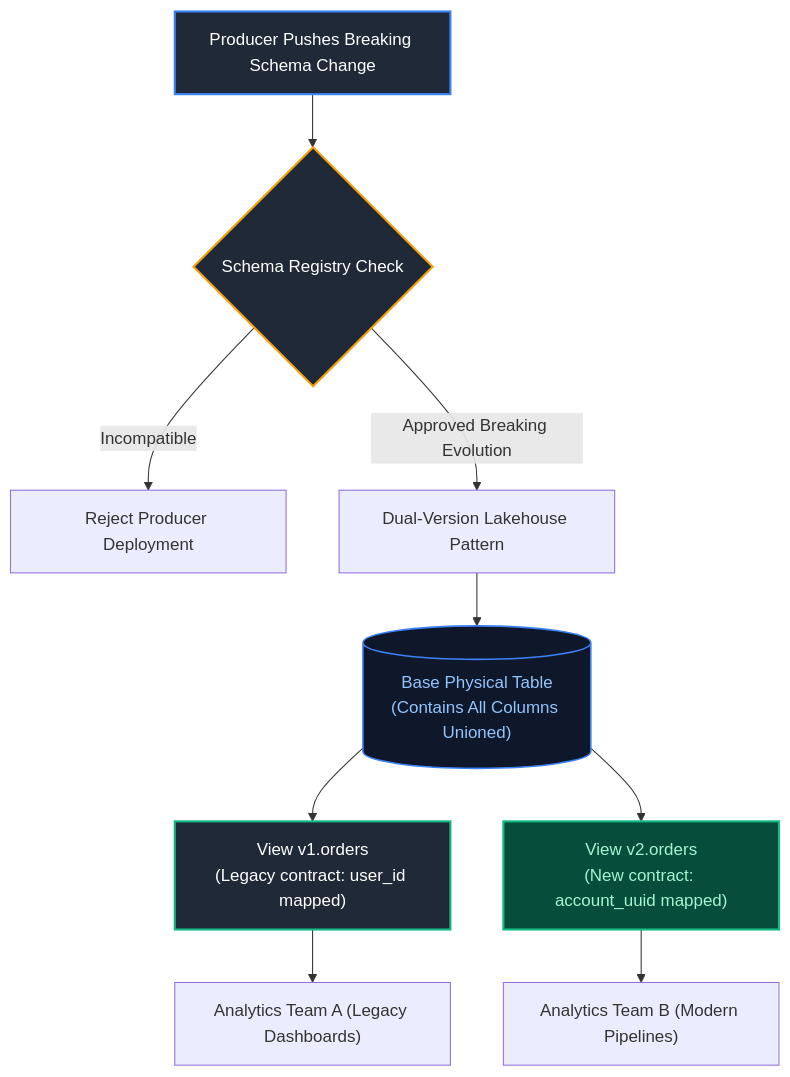
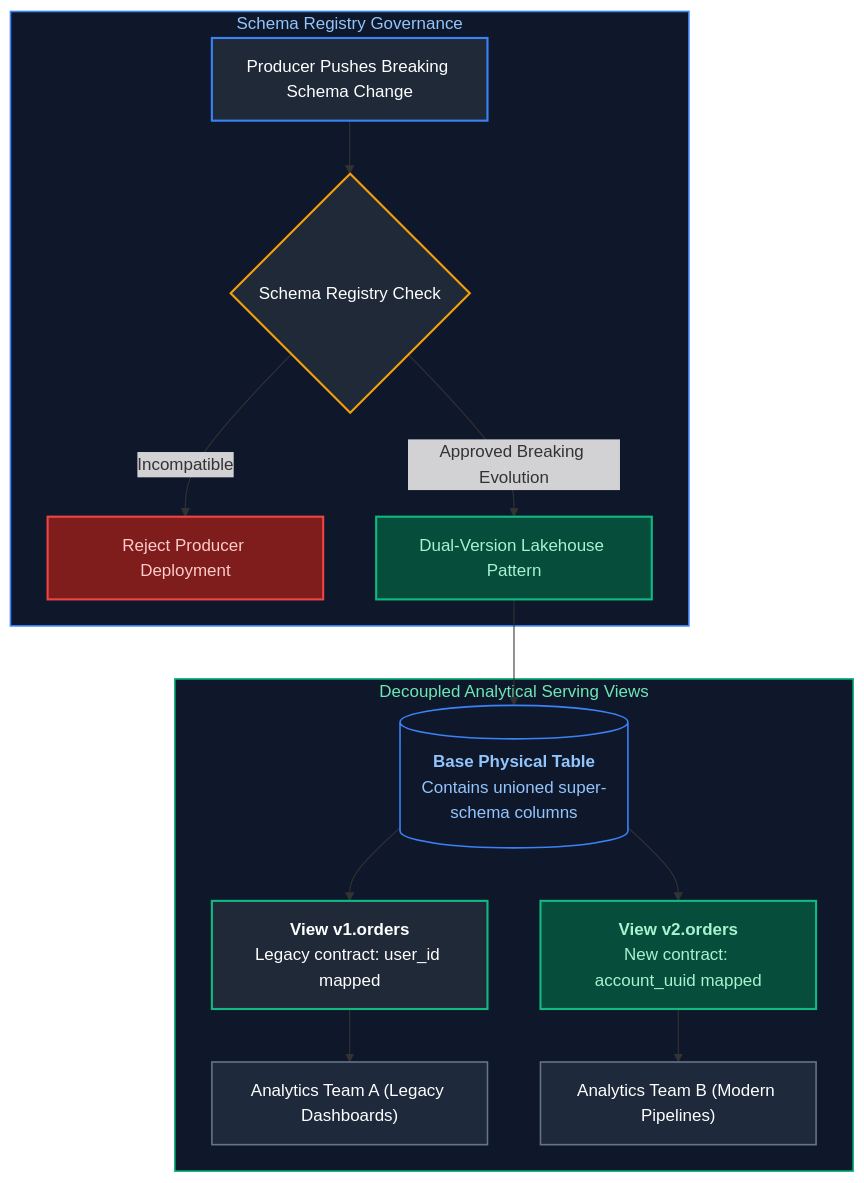
The ninth of 20 diagrams in Data Engineering/frequently_asked_questions/03_data_modeling_and_warehousing_faq.md (joydeep-biswas/Interview-Preparation), drawn with Mermaid before and after one commit. The commit also changed other lines of this file and 178 other files, not shown here.

````diff
--- a/Data Engineering/frequently_asked_questions/03_data_modeling_and_warehousing_faq.md
+++ b/Data Engineering/frequently_asked_questions/03_data_modeling_and_warehousing_faq.md
@@ -929,19 +937,30 @@
 ```mermaid
 flowchart TD
-    Producer["Producer Pushes Breaking Schema Change"] --> Gate{"Schema Registry Check"}
-    Gate -->|Incompatible| Block["Reject Producer Deployment"]
-    Gate -->|Approved Breaking Evolution| Dual["Dual-Version Lakehouse Pattern"]
-    
-    Dual --> BaseTable[("Base Physical Table<br/>(Contains All Columns Unioned)")]
-    BaseTable --> ViewV1["View v1.orders<br/>(Legacy contract: user_id mapped)"]
-    BaseTable --> ViewV2["View v2.orders<br/>(New contract: account_uuid mapped)"]
-    
-    ViewV1 --> TeamA["Analytics Team A (Legacy Dashboards)"]
-    ViewV2 --> TeamB["Analytics Team B (Modern Pipelines)"]
+    subgraph SchemaGovernance ["Schema Registry Governance"]
+        Producer["Producer Pushes Breaking Schema Change"] --> Gate{"Schema Registry Check"}
+        Block["Reject Producer Deployment"]
+        Dual["Dual-Version Lakehouse Pattern"]
+        Gate -->|Incompatible| Block
+        Gate -->|Approved Breaking Evolution| Dual
+    end
 
+    subgraph DecoupledViews ["Decoupled Analytical Serving Views"]
+        Dual --> BaseTable[("<b>Base Physical Table</b><br/>Contains unioned super-schema columns")]
+        BaseTable --> ViewV1["<b>View v1.orders</b><br/>Legacy contract: user_id mapped"]
+        BaseTable --> ViewV2["<b>View v2.orders</b><br/>New contract: account_uuid mapped"]
+        ViewV1 --> TeamA["Analytics Team A (Legacy Dashboards)"]
+        ViewV2 --> TeamB["Analytics Team B (Modern Pipelines)"]
+    end
+
+    style SchemaGovernance fill:#0f172a,stroke:#3b82f6,stroke-width:1.5px,color:#93c5fd
+    style DecoupledViews fill:#0f172a,stroke:#10b981,stroke-width:1.5px,color:#6ee7b7
     style Producer fill:#1f2937,stroke:#3b82f6,stroke-width:2px,color:#fff
     style Gate fill:#1f2937,stroke:#f59e0b,stroke-width:2px,color:#fff
+    style Block fill:#7f1d1d,stroke:#ef4444,stroke-width:2px,color:#fecaca
+    style Dual fill:#064e3b,stroke:#10b981,stroke-width:2px,color:#a7f3d0
     style BaseTable fill:#0f172a,stroke:#3b82f6,stroke-width:1.5px,color:#93c5fd
     style ViewV1 fill:#1f2937,stroke:#10b981,stroke-width:2px,color:#fff
     style ViewV2 fill:#064e3b,stroke:#10b981,stroke-width:2px,color:#a7f3d0
+    style TeamA fill:#1e293b,stroke:#64748b,stroke-width:1.5px,color:#fff
+    style TeamB fill:#1e293b,stroke:#64748b,stroke-width:1.5px,color:#fff
 ```
````
